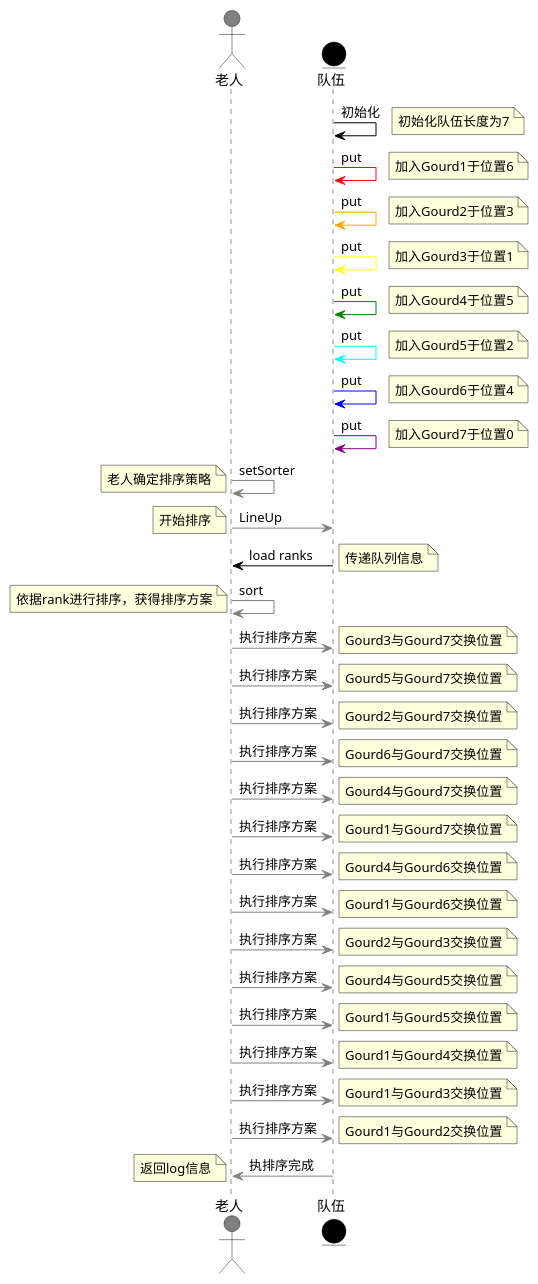
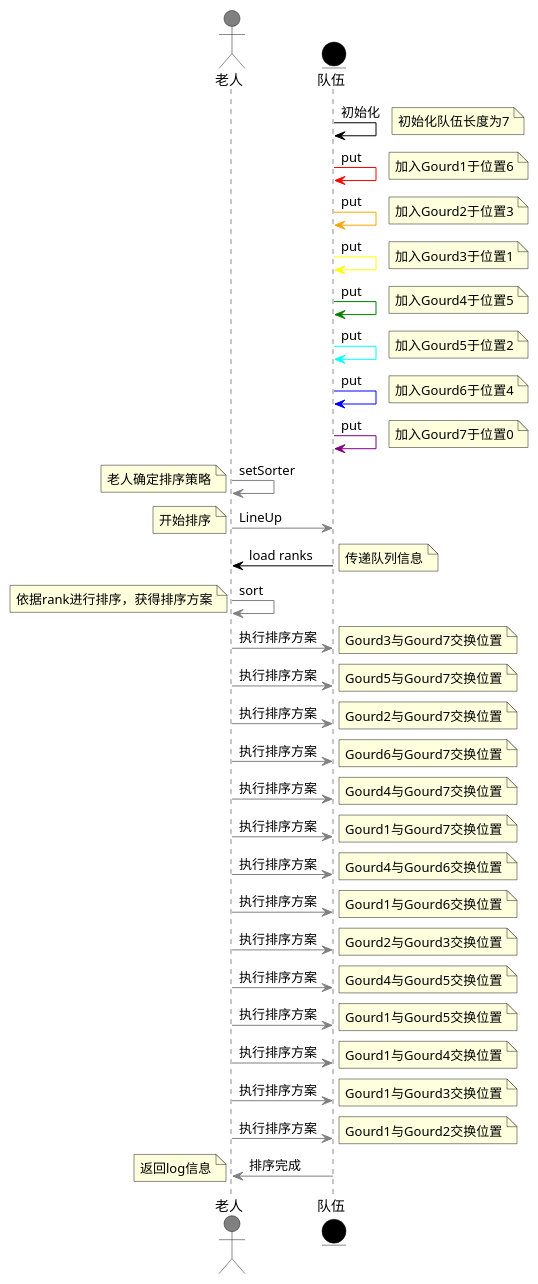
Before and after one commit to JOJO-Young/PUBLIC: the diagram in j02/timeline.pu, drawn with PlantUML. The commit also changed 2 other files, not shown here.

```diff
--- a/j02/timeline.pu
+++ b/j02/timeline.pu
@@ -1,90 +1,90 @@
 @startuml
 actor 老人 as Geezer#Grey
 
 entity 队伍 as Line#Black
 
 Line -[#Black]> Line : 初始化
 note right: 初始化队伍长度为7
 
 Line -[#Red]> Line : put
 note right: 加入Gourd1于位置6
 
 Line -[#Orange]> Line : put
 note right: 加入Gourd2于位置3
 
 Line -[#Yellow]> Line : put
 note right: 加入Gourd3于位置1
 
 Line -[#Green]> Line : put
 note right: 加入Gourd4于位置5
 
 Line -[#Cyan]> Line : put
 note right: 加入Gourd5于位置2
 
 Line -[#Blue]> Line : put
 note right: 加入Gourd6于位置4
 
 Line -[#Purple]> Line : put
 note right: 加入Gourd7于位置0
 
 Geezer -[#Grey]> Geezer : setSorter
 note left: 老人确定排序策略
 
 Geezer -[#Grey]> Line : LineUp
 note left
     开始排序
 end note
 
 Line -[#Black]> Geezer : load ranks
 note right
     传递队列信息
 end note
 
 Geezer -[#Grey]> Geezer : sort
 note left : 依据rank进行排序，获得排序方案
 
 Geezer -[#Grey]> Line : 执行排序方案
 note right : Gourd3与Gourd7交换位置
 
 Geezer -[#Grey]> Line : 执行排序方案
 note right : Gourd5与Gourd7交换位置
 
 Geezer -[#Grey]> Line : 执行排序方案
 note right : Gourd2与Gourd7交换位置
 
 Geezer -[#Grey]> Line : 执行排序方案
 note right : Gourd6与Gourd7交换位置
 
 Geezer -[#Grey]> Line : 执行排序方案
 note right : Gourd4与Gourd7交换位置
 
 Geezer -[#Grey]> Line : 执行排序方案
 note right : Gourd1与Gourd7交换位置
 
 Geezer -[#Grey]> Line : 执行排序方案
 note right : Gourd4与Gourd6交换位置
 
 Geezer -[#Grey]> Line : 执行排序方案
 note right : Gourd1与Gourd6交换位置
 
 Geezer -[#Grey]> Line : 执行排序方案
 note right : Gourd2与Gourd3交换位置
 
 Geezer -[#Grey]> Line : 执行排序方案
 note right : Gourd4与Gourd5交换位置
 
 Geezer -[#Grey]> Line : 执行排序方案
 note right : Gourd1与Gourd5交换位置
 
 Geezer -[#Grey]> Line : 执行排序方案
 note right : Gourd1与Gourd4交换位置
 
 Geezer -[#Grey]> Line : 执行排序方案
 note right : Gourd1与Gourd3交换位置
 
 Geezer -[#Grey]> Line : 执行排序方案
 note right : Gourd1与Gourd2交换位置
 
-Line -[#Grey]> Geezer : 执排序完成
+Line -[#Grey]> Geezer : 排序完成
 note left : 返回log信息
 @enduml
```
